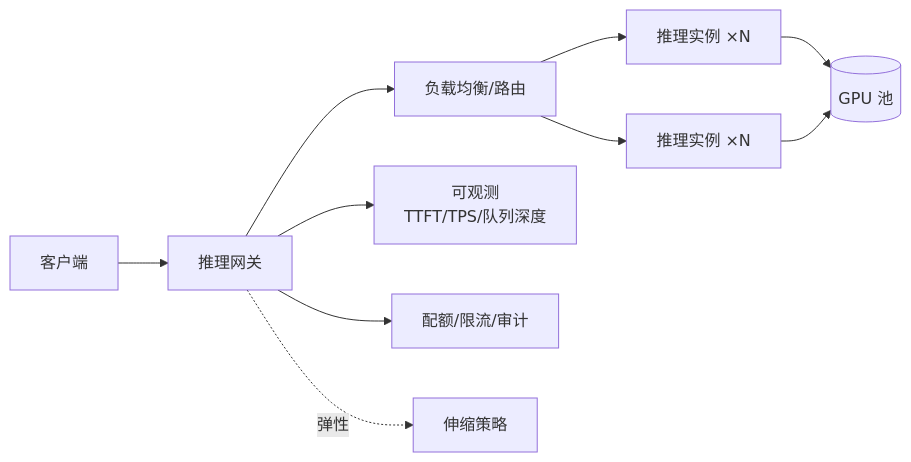
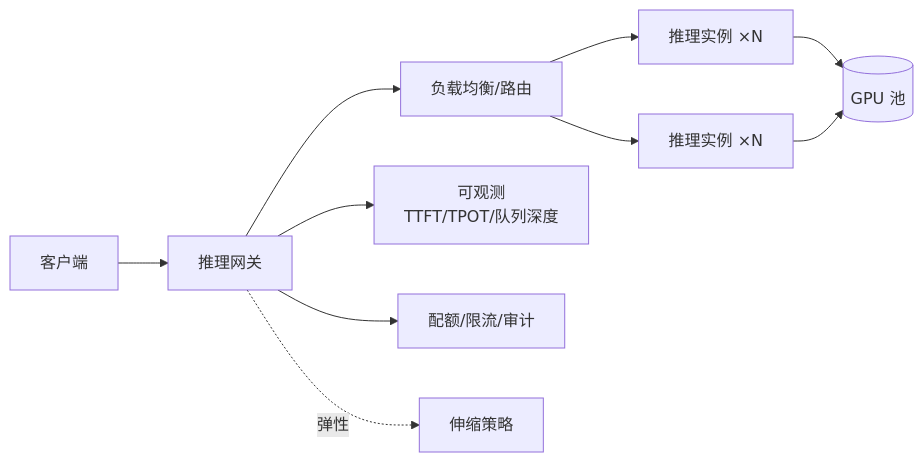
One commit to shuifans/cloud-ai-knowledge-base changed the second of 2 diagrams in docs/ai/infra/inference/llm-inference.md. Above: the diagram before and after it, drawn with Mermaid. The commit also changed other lines of this file and 64 other files, not shown here.

````diff
--- a/docs/ai/infra/inference/llm-inference.md
+++ b/docs/ai/infra/inference/llm-inference.md
@@ -67,11 +159,11 @@
 ```mermaid
 flowchart LR
   C[客户端] --> GW[推理网关]
   GW --> LB[负载均衡/路由]
   LB --> I1[推理实例 ×N]
   LB --> I2[推理实例 ×N]
   I1 & I2 --> GPU[(GPU 池)]
-  GW --> OB[可观测<br/>TTFT/TPS/队列深度]
+  GW --> OB[可观测<br/>TTFT/TPOT/队列深度]
   GW --> QT[配额/限流/审计]
   GW -.弹性.-> AS[伸缩策略]
 ```
````
